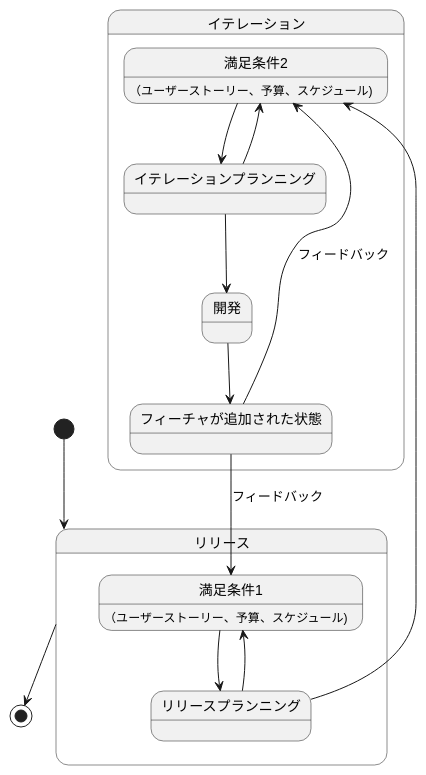
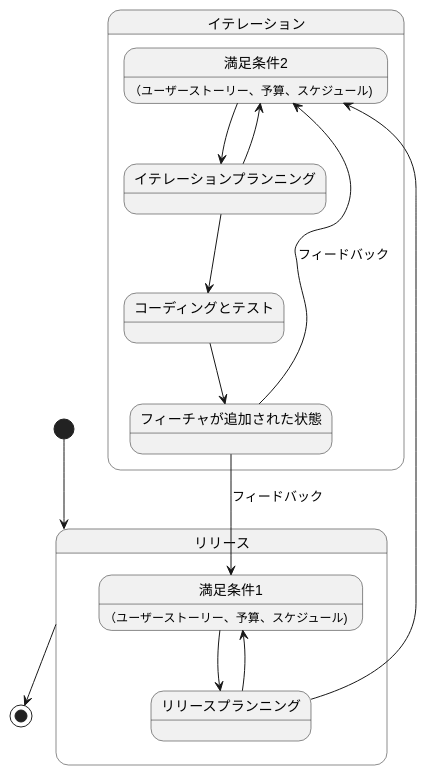
Before and after one commit to k2works/claude-code-booster: the fourth of 7 diagrams in lib/assets/docs/reference/開発ガイド.md, drawn with PlantUML. The commit also changed other lines of this file and 6 other files, not shown here.

````diff
--- a/lib/assets/docs/reference/開発ガイド.md
+++ b/lib/assets/docs/reference/開発ガイド.md
@@ -158,26 +168,26 @@
 ```plantuml
 @startuml
 
 [*] --> リリース
 
 state リリース {
   満足条件1: （ユーザーストーリー、予算、スケジュール)
   満足条件1 -->リリースプランニング
   リリースプランニング --> 満足条件1 
 }
 
 state イテレーション {
   リリースプランニング --> 満足条件2
   満足条件2: （ユーザーストーリー、予算、スケジュール)
   満足条件2 --> イテレーションプランニング
   イテレーションプランニング --> 満足条件2
-  イテレーションプランニング --> 開発
-  開発 --> フィーチャが追加された状態
+  イテレーションプランニング --> コーディングとテスト
+  コーディングとテスト --> フィーチャが追加された状態
   フィーチャが追加された状態 --> 満足条件2 : フィードバック
   フィーチャが追加された状態 --> 満足条件1 : フィードバック
 }
 
 リリース --> [*]
 
 @enduml
 ```
````
